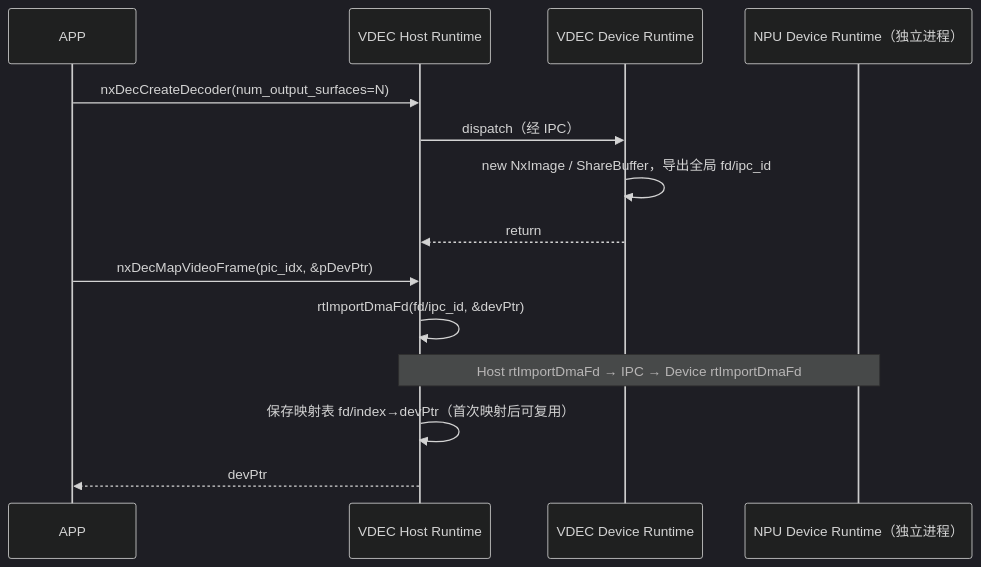
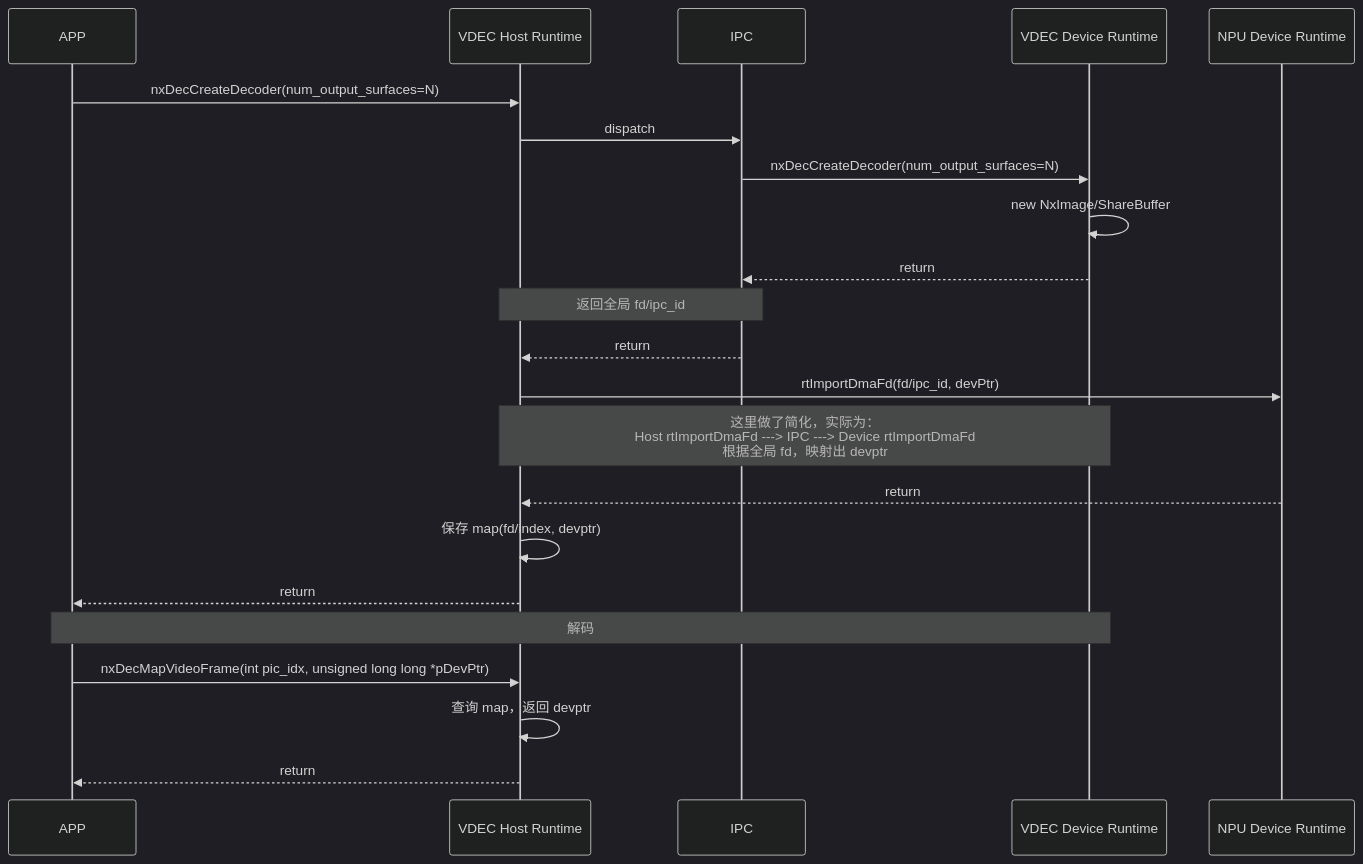
One commit to robertqd/AI-fundermentals changed the seventh of 10 diagrams in 01_hardware_architecture/video_codec/01_inference_card_decode_interface_alignment.md. Above: the diagram before and after it, drawn with Mermaid (dark theme). The commit also changed other lines of this file and 1 other file, not shown here.

First line of the commit message:
fix(docs): correct sequence diagrams to match original design diagrams

````diff
--- a/01_hardware_architecture/video_codec/01_inference_card_decode_interface_alignment.md
+++ b/01_hardware_architecture/video_codec/01_inference_card_decode_interface_alignment.md
@@ -930,18 +1082,28 @@
 ```mermaid
 sequenceDiagram
     participant APP
     participant Host as VDEC Host Runtime
+    participant IPC
     participant Dev as VDEC Device Runtime
-    participant NPU as NPU Device Runtime（独立进程）
+    participant NPU as NPU Device Runtime
 
     APP->>Host: nxDecCreateDecoder(num_output_surfaces=N)
-    Host->>Dev: dispatch（经 IPC）
-    Dev->>Dev: new NxImage / ShareBuffer，导出全局 fd/ipc_id
-    Dev-->>Host: return
+    Host->>IPC: dispatch
+    IPC->>Dev: nxDecCreateDecoder(num_output_surfaces=N)
+    Dev->>Dev: new NxImage/ShareBuffer
+    Dev-->>IPC: return
+    Note over IPC,Host: 返回全局 fd/ipc_id
+    IPC-->>Host: return
 
-    APP->>Host: nxDecMapVideoFrame(pic_idx, &pDevPtr)
-    Host->>Host: rtImportDmaFd(fd/ipc_id, &devPtr)
-    Note over Host,NPU: Host rtImportDmaFd → IPC → Device rtImportDmaFd
-    Host->>Host: 保存映射表 fd/index→devPtr（首次映射后可复用）
-    Host-->>APP: devPtr
+    Host->>NPU: rtImportDmaFd(fd/ipc_id, devPtr)
+    Note over Host,Dev: 这里做了简化，实际为：<br/>Host rtImportDmaFd ---> IPC ---> Device rtImportDmaFd<br/>根据全局 fd，映射出 devptr
+    NPU-->>Host: return
+    Host->>Host: 保存 map(fd/index, devptr)
+    Host-->>APP: return
+
+    Note over APP,Dev: 解码
+
+    APP->>Host: nxDecMapVideoFrame(int pic_idx, unsigned long long *pDevPtr)
+    Host->>Host: 查询 map，返回 devptr
+    Host-->>APP: return
 ```
````
